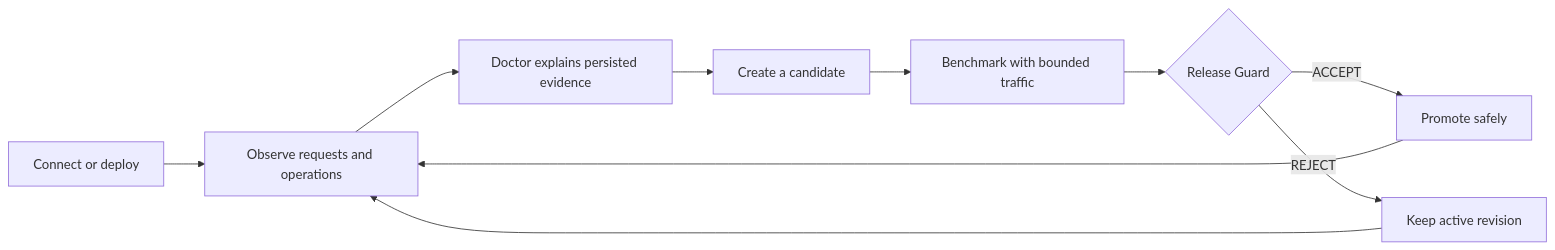
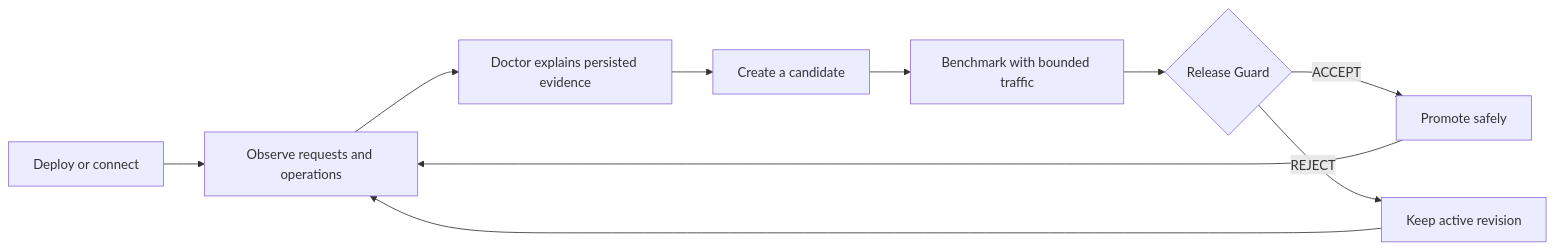
Before and after one commit to infercrane/infercrane: the diagram in docs/showcase/index.mdx, drawn with Mermaid. The commit also changed other lines of this file and 34 other files, not shown here.

````diff
--- a/docs/showcase/index.mdx
+++ b/docs/showcase/index.mdx
@@ -96,12 +99,12 @@
 ```mermaid
 flowchart LR
-  A[Connect or deploy] --> B[Observe requests and operations]
+  A[Deploy or connect] --> B[Observe requests and operations]
   B --> C[Doctor explains persisted evidence]
   C --> D[Create a candidate]
   D --> E[Benchmark with bounded traffic]
   E --> F{Release Guard}
   F -->|ACCEPT| G[Promote safely]
   F -->|REJECT| H[Keep active revision]
   G --> B
   H --> B
 ```
````
